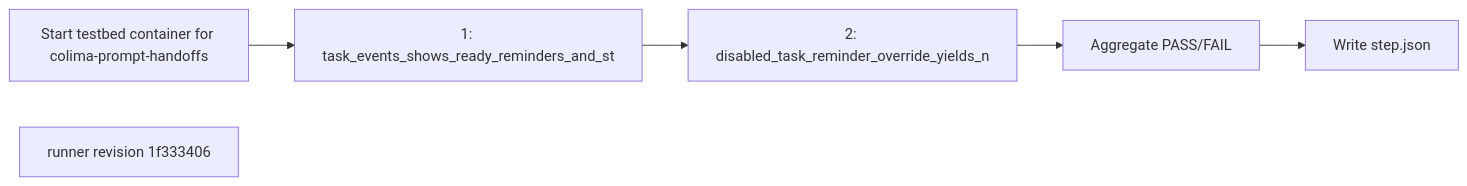
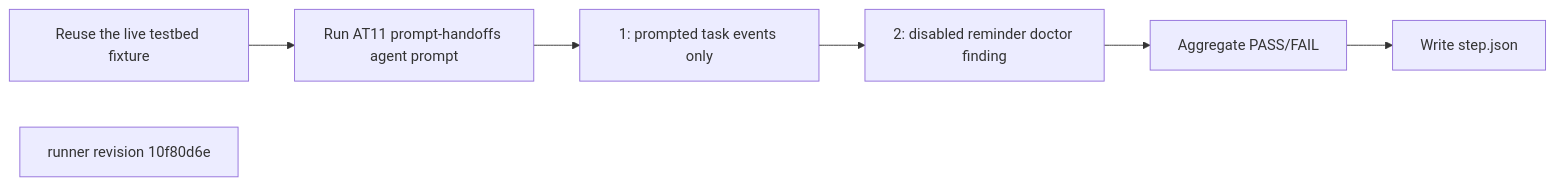
One commit to randlee/atm-core changed the first of 10 diagrams in docs/procedures/colima-prompt-handoffs.md. Above: the diagram before and after it, drawn with Mermaid. The commit also changed other lines of this file and 119 other files, not shown here.

Commit message:
fix(bb8): run canonical testbed before lifecycle prompts

````diff
--- a/docs/procedures/colima-prompt-handoffs.md
+++ b/docs/procedures/colima-prompt-handoffs.md
@@ -37,13 +40,15 @@
 ```mermaid
 flowchart LR
-  setup[Start testbed container for colima-prompt-handoffs]
-  case1[1: task_events_shows_ready_reminders_and_st]
-  case2[2: disabled_task_reminder_override_yields_n]
+  setup[Reuse the live testbed fixture]
+  prompt[Run AT11 prompt-handoffs agent prompt]
+  case1[1: prompted task events only]
+  case2[2: disabled reminder doctor finding]
   verdict[Aggregate PASS/FAIL]
   evidence[Write step.json]
-  setup --> case1
+  setup --> prompt
+  prompt --> case1
   case1 --> case2
   case2 --> verdict
   verdict --> evidence
-  note[runner revision 1f333406]:::revision
+  note[runner revision 10f80d6e]:::revision
 ```
````
